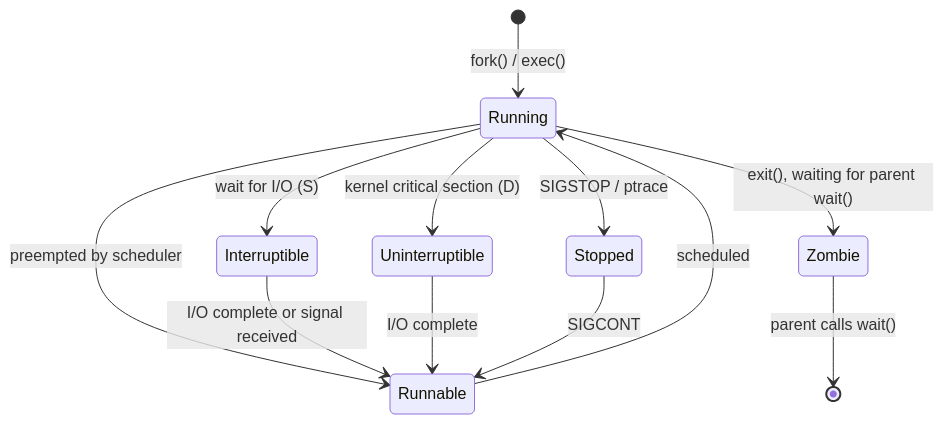
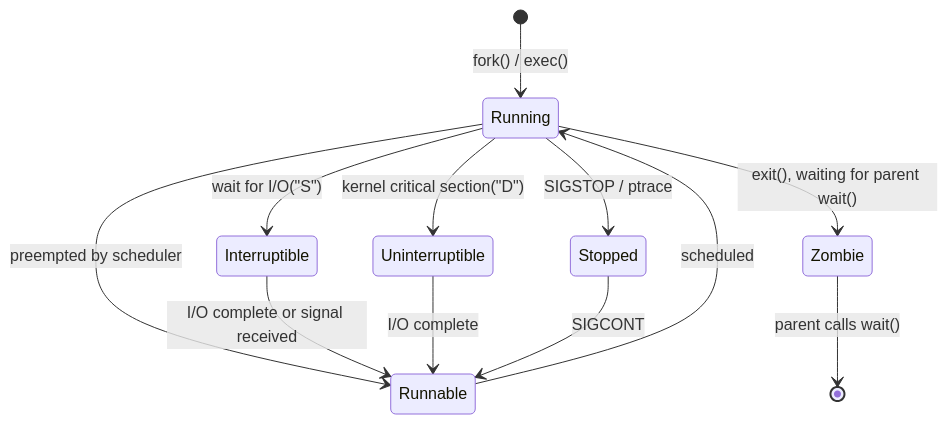
One commit to pploc/swe-icon-the-moment changed the diagram in content/questions/fundamentals/process-states.md. Above: the diagram before and after it, drawn with Mermaid. The commit also changed 138 other files, not shown here.

````diff
--- a/content/questions/fundamentals/process-states.md
+++ b/content/questions/fundamentals/process-states.md
@@ -18,14 +18,15 @@
 ```mermaid
 stateDiagram-v2
     [*] --> Running: fork() / exec()
     Running --> Runnable: preempted by scheduler
     Runnable --> Running: scheduled
-    Running --> Interruptible: wait for I/O (S)
-    Running --> Uninterruptible: kernel critical section (D)
+    Running --> Interruptible: wait for I/O("S")
+    Running --> Uninterruptible: kernel critical section("D")
     Interruptible --> Runnable: I/O complete or signal received
     Uninterruptible --> Runnable: I/O complete
     Running --> Stopped: SIGSTOP / ptrace
     Stopped --> Runnable: SIGCONT
     Running --> Zombie: exit(), waiting for parent wait()
     Zombie --> [*]: parent calls wait()
+
 ```
````
